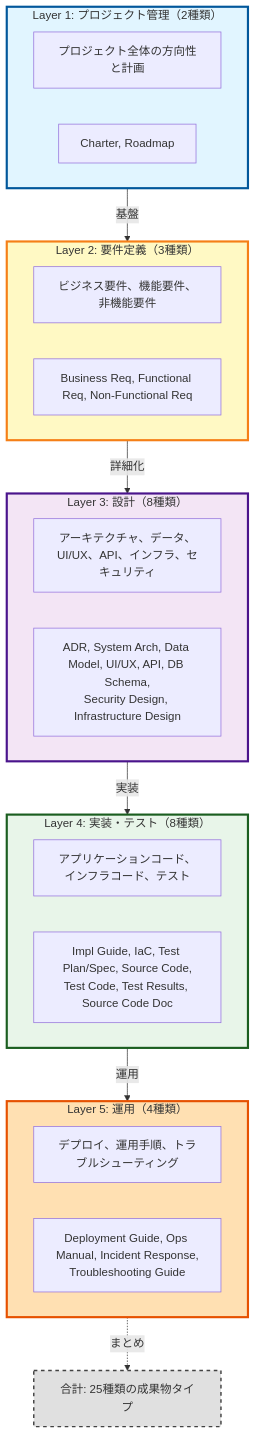
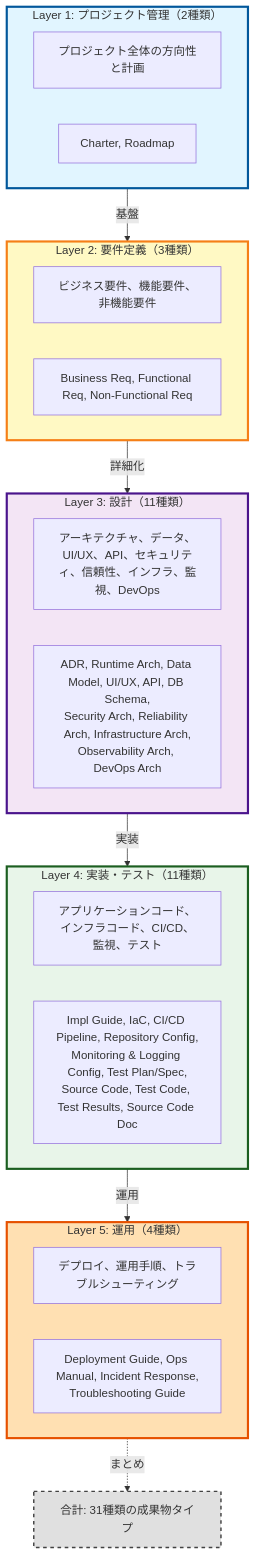
The first of 2 diagrams in specs/artifact-taxonomy.md (mahitotsu/ukiyoue), drawn with Mermaid before and after one commit. The commit also changed other lines of this file, not shown here.

First line of the commit message:
refactor(specs): Update artifact-taxonomy with ADR-005 decisions

````diff
--- a/specs/artifact-taxonomy.md
+++ b/specs/artifact-taxonomy.md
@@ -33,52 +34,50 @@
 ```mermaid
 graph TD
     subgraph Layer1["Layer 1: プロジェクト管理（2種類）"]
         L1_desc["プロジェクト全体の方向性と計画"]
         L1_docs["Charter, Roadmap"]
     end
 
     subgraph Layer2["Layer 2: 要件定義（3種類）"]
         L2_desc["ビジネス要件、機能要件、非機能要件"]
         L2_docs["Business Req, Functional Req, Non-Functional Req"]
     end
 
-    subgraph Layer3["Layer 3: 設計（8種類）"]
-        L3_desc["アーキテクチャ、データ、UI/UX、API、インフラ、セキュリティ"]
-        L3_docs["ADR, System Arch, Data Model, UI/UX, API, DB Schema,<br/>Security Design, Infrastructure Design"]
+    subgraph Layer3["Layer 3: 設計（11種類）"]
+        L3_desc["アーキテクチャ、データ、UI/UX、API、セキュリティ、信頼性、インフラ、監視、DevOps"]
+        L3_docs["ADR, Runtime Arch, Data Model, UI/UX, API, DB Schema,<br/>Security Arch, Reliability Arch, Infrastructure Arch,<br/>Observability Arch, DevOps Arch"]
     end
 
-    subgraph Layer4["Layer 4: 実装・テスト（8種類）"]
-        L4_desc["アプリケーションコード、インフラコード、テスト"]
-        L4_docs["Impl Guide, IaC, Test Plan/Spec, Source Code,<br/>Test Code, Test Results, Source Code Doc"]
+    subgraph Layer4["Layer 4: 実装・テスト（11種類）"]
+        L4_desc["アプリケーションコード、インフラコード、CI/CD、監視、テスト"]
+        L4_docs["Impl Guide, IaC, CI/CD Pipeline, Repository Config,<br/>Monitoring & Logging Config, Test Plan/Spec,<br/>Source Code, Test Code, Test Results, Source Code Doc"]
     end
 
     subgraph Layer5["Layer 5: 運用（4種類）"]
         L5_desc["デプロイ、運用手順、トラブルシューティング"]
         L5_docs["Deployment Guide, Ops Manual, Incident Response,<br/>Troubleshooting Guide"]
     end
 
     Layer1 -->|"基盤"| Layer2
     Layer2 -->|"詳細化"| Layer3
     Layer3 -->|"実装"| Layer4
     Layer4 -->|"運用"| Layer5
 
-    Total["合計: 25種類のドキュメントタイプ"]
-
-    Total["合計: 25種類の成果物タイプ"]
+    Total["合計: 31種類の成果物タイプ"]
 
     Layer5 -.->|"まとめ"| Total
 
     classDef layer1Style fill:#e1f5ff,stroke:#01579b,stroke-width:3px
     classDef layer2Style fill:#fff9c4,stroke:#f57f17,stroke-width:3px
     classDef layer3Style fill:#f3e5f5,stroke:#4a148c,stroke-width:3px
     classDef layer4Style fill:#e8f5e9,stroke:#1b5e20,stroke-width:3px
     classDef layer5Style fill:#ffe0b2,stroke:#e65100,stroke-width:3px
     classDef totalStyle fill:#e0e0e0,stroke:#424242,stroke-width:2px,stroke-dasharray: 5 5
 
     class Layer1 layer1Style
     class Layer2 layer2Style
     class Layer3 layer3Style
     class Layer4 layer4Style
     class Layer5 layer5Style
     class Total totalStyle
 ```
````
